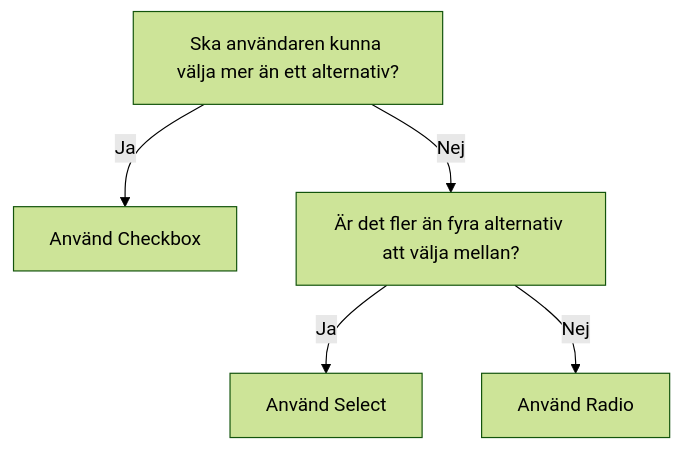
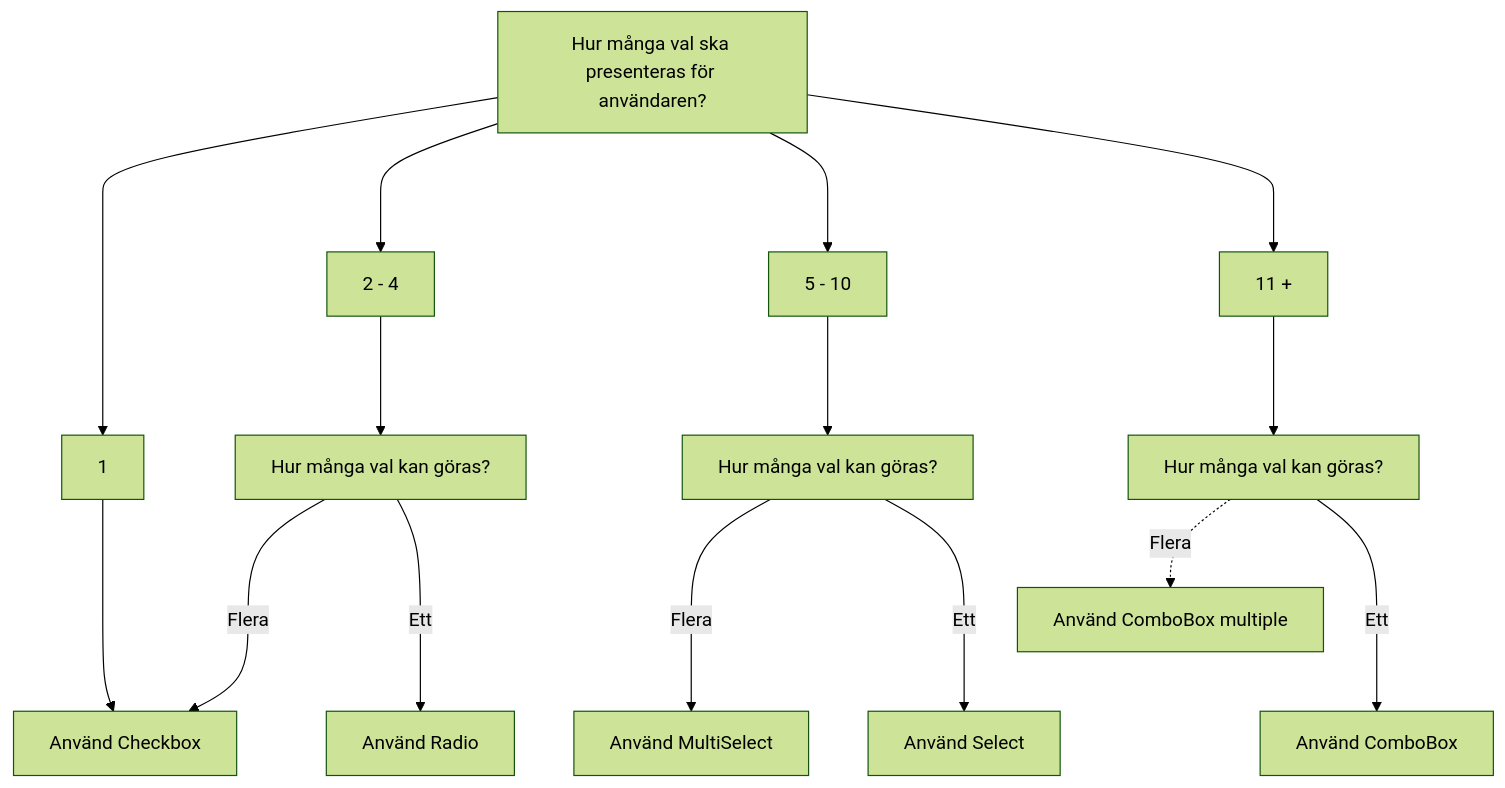
Before and after one commit to migrationsverket/midas: the diagram in apps/docs/docs/components/checkbox.mdx, drawn with Mermaid (forest theme). The commit also changed 4 other files, not shown here.

Commit message:
docs: new flowchart for select decision

````diff
--- a/apps/docs/docs/components/checkbox.mdx
+++ b/apps/docs/docs/components/checkbox.mdx
@@ -153,9 +153,18 @@
 ```mermaid
 flowchart TD;
-    A[Ska användaren kunna välja mer än ett alternativ?]:::primary
-    A -->|Ja| B[Använd Checkbox]:::primary
-    A -->|Nej| C[Är det fler än fyra alternativ att välja mellan?]
-    C -->|Ja| E[Använd Select]
-    C -->|Nej| D[Använd Radio]
-
+  A[Hur många val ska presenteras för användaren?]:::primary
+  A ---> B[1]:::primary
+  A ---> C[2 - 4]:::primary
+  A ---> D[5 - 10]
+  A ---> E[11 +]
+  B ---> F[Använd Checkbox]:::primary
+  C ---> G[Hur många val kan göras?]:::primary
+  G --->|Flera| F:::primary
+  G --->|Ett| H[Använd Radio]
+  D ---> I[Hur många val kan göras?]
+  I --->|Flera| J[Använd MultiSelect]
+  I --->|Ett| K[Använd Select]
+  E ---> L[Hur många val kan göras?]
+  L -.Flera.-> M[Använd ComboBox multiple]
+  L --->|Ett| N[Använd ComboBox]
 ```
````
